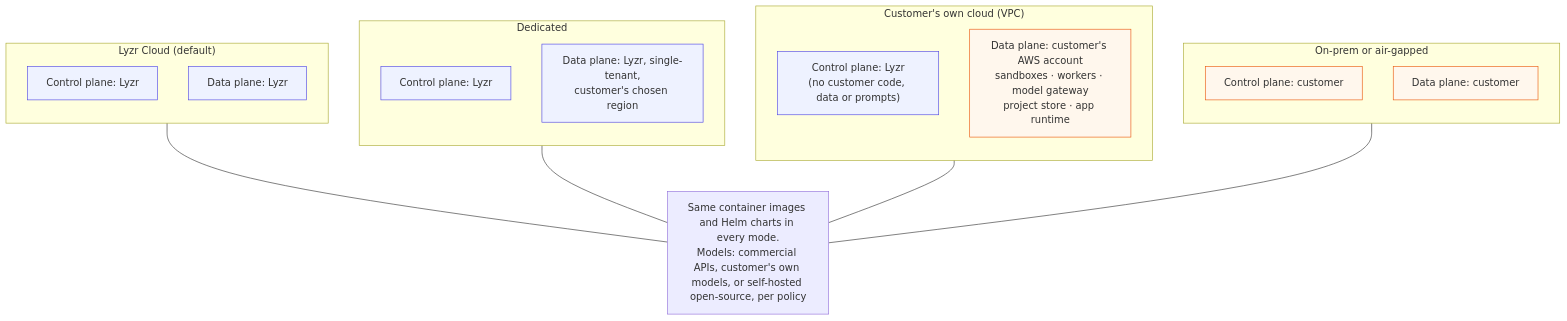
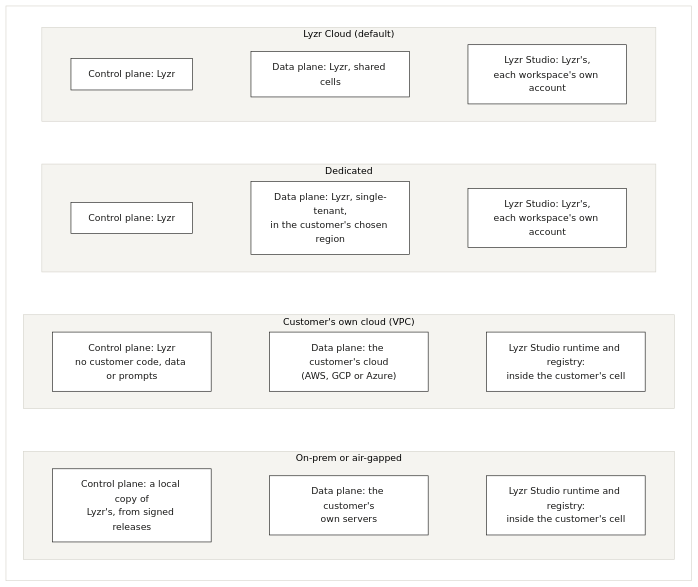
Before and after one commit to netanyaj/architect-2: the diagram in docs/product/diagrams/src/A5-deployment-modes.mmd, drawn with Mermaid. The commit also changed 64 other files, not shown here.

```diff
--- a/docs/product/diagrams/src/A5-deployment-modes.mmd
+++ b/docs/product/diagrams/src/A5-deployment-modes.mmd
@@ -1,29 +1,36 @@
+%%{init: {"theme":"base","themeVariables":{"fontFamily":"Arial","fontSize":"15px","primaryColor":"#FFFFFF","primaryBorderColor":"#1A1A19","primaryTextColor":"#1A1A19","lineColor":"#1A1A19","secondaryColor":"#FFFFFF","tertiaryColor":"#FFFFFF","clusterBkg":"#F5F4F0","clusterBorder":"#D6D4CC","edgeLabelBackground":"#FFFFFF","actorBkg":"#FFFFFF","actorBorder":"#1A1A19","actorTextColor":"#1A1A19","actorLineColor":"#A8A69F","signalColor":"#1A1A19","signalTextColor":"#1A1A19","noteBkgColor":"#F5F4F0","noteBorderColor":"#D6D4CC","noteTextColor":"#42413D","labelBoxBkgColor":"#FFFFFF","labelBoxBorderColor":"#1A1A19","labelTextColor":"#1A1A19","loopTextColor":"#1A1A19","activationBkgColor":"#F5F4F0","activationBorderColor":"#1A1A19","sequenceNumberColor":"#FFFFFF"},"flowchart":{"curve":"basis","padding":14,"nodeSpacing":36,"rankSpacing":44}}}%%
 flowchart TB
-  subgraph M1["Lyzr Cloud (default)"]
+  %% A white card, so ink lines read on GitHub's dark theme too
+  subgraph CARD[" "]
     direction TB
-    c1["Control plane: Lyzr"]
-    d1["Data plane: Lyzr"]
+    subgraph M1["Lyzr Cloud (default)"]
+      direction LR
+      c1["Control plane: Lyzr"]
+      d1["Data plane: Lyzr, shared cells"]
+      s1["Lyzr Studio: Lyzr's,<br/>each workspace's own account"]
+    end
+    subgraph M2["Dedicated"]
+      direction LR
+      c2["Control plane: Lyzr"]
+      d2["Data plane: Lyzr, single-tenant,<br/>in the customer's chosen region"]
+      s2["Lyzr Studio: Lyzr's,<br/>each workspace's own account"]
+    end
+    subgraph M3["Customer's own cloud (VPC)"]
+      direction LR
+      c3["Control plane: Lyzr<br/>no customer code, data or prompts"]
+      d3["Data plane: the customer's cloud<br/>(AWS, GCP or Azure)"]
+      s3["Lyzr Studio runtime and registry:<br/>inside the customer's cell"]
+    end
+    subgraph M4["On-prem or air-gapped"]
+      direction LR
+      c4["Control plane: a local copy of<br/>Lyzr's, from signed releases"]
+      d4["Data plane: the customer's<br/>own servers"]
+      s4["Lyzr Studio runtime and registry:<br/>inside the customer's cell"]
+    end
+    c1 ~~~ d1 ~~~ s1
+    c2 ~~~ d2 ~~~ s2
+    c3 ~~~ d3 ~~~ s3
+    c4 ~~~ d4 ~~~ s4
+    M1 ~~~ M2 ~~~ M3 ~~~ M4
   end
-  subgraph M1B["Dedicated"]
-    direction TB
-    c1b["Control plane: Lyzr"]
-    d1b["Data plane: Lyzr, single-tenant,<br/>customer's chosen region"]
-  end
-  subgraph M2["Customer's own cloud (VPC)"]
-    direction TB
-    c2["Control plane: Lyzr<br/>(no customer code, data or prompts)"]
-    d2["Data plane: customer's AWS account<br/>sandboxes · workers · model gateway<br/>project store · app runtime"]
-  end
-  subgraph M3["On-prem or air-gapped"]
-    direction TB
-    c3["Control plane: customer"]
-    d3["Data plane: customer"]
-  end
-  NOTE["Same container images and Helm charts in every mode.<br/>Models: commercial APIs, customer's own models, or self-hosted open-source, per policy"]
-  M1 --- NOTE
-  M1B --- NOTE
-  M2 --- NOTE
-  M3 --- NOTE
-  classDef l fill:#EEF2FF,stroke:#4F46E5;
-  classDef c fill:#FFF7ED,stroke:#EA580C;
-  class c1,d1,c2,c1b,d1b l; class d2,c3,d3 c;
+  style CARD fill:#FFFFFF,stroke:#D6D4CC
```
